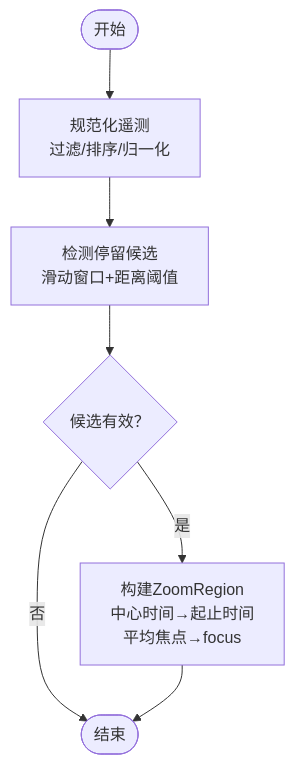
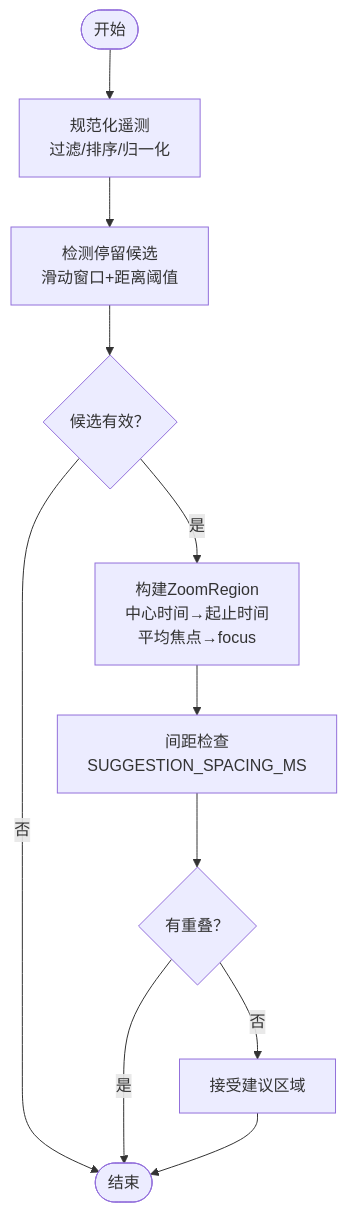
The third of 8 diagrams in .qoder/repowiki/zh/content/游标遥测系统/智能缩放算法.md (zhanggmin/openscreen), drawn with Mermaid before and after one commit. The commit also changed other lines of this file and 68 other files, not shown here.

Commit message:
开发图文编辑功能

````diff
--- a/.qoder/repowiki/zh/content/游标遥测系统/智能缩放算法.md
+++ b/.qoder/repowiki/zh/content/游标遥测系统/智能缩放算法.md
@@ -161,9 +178,13 @@
 ```mermaid
 flowchart TD
 Start(["开始"]) --> Normalize["规范化遥测<br/>过滤/排序/归一化"]
 Normalize --> Detect["检测停留候选<br/>滑动窗口+距离阈值"]
 Detect --> Candidate{"候选有效？"}
 Candidate --> |是| BuildRegion["构建ZoomRegion<br/>中心时间→起止时间<br/>平均焦点→focus"]
 Candidate --> |否| End(["结束"])
-BuildRegion --> End
+BuildRegion --> Space["间距检查<br/>SUGGESTION_SPACING_MS"]
+Space --> Overlap{"有重叠？"}
+Overlap --> |是| End
+Overlap --> |否| Accept["接受建议区域"]
+Accept --> End
 ```
````
